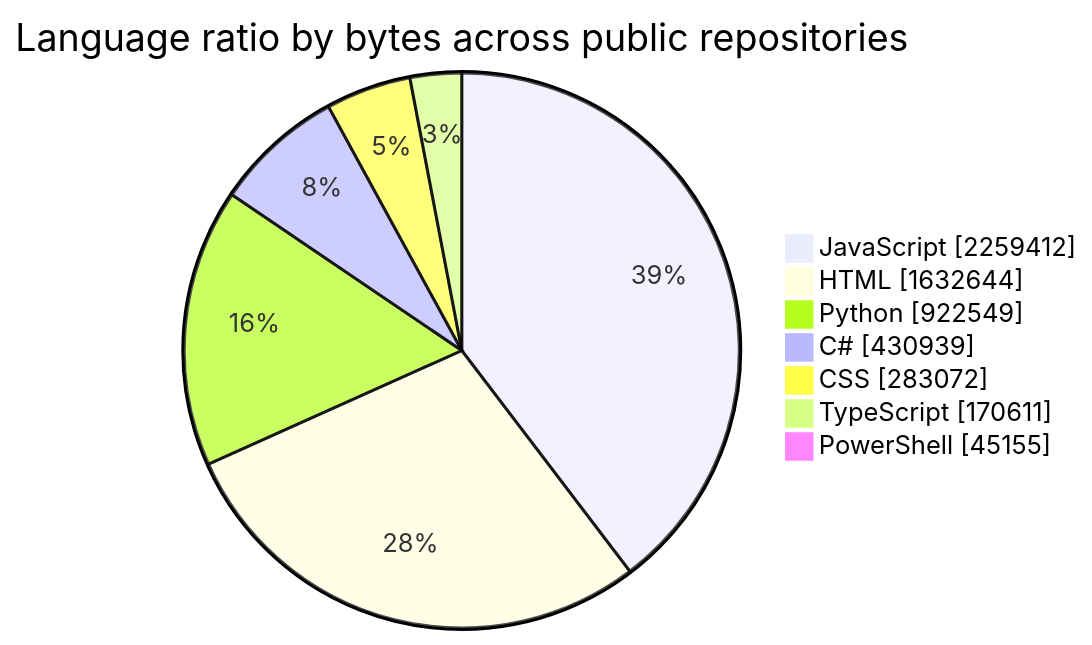
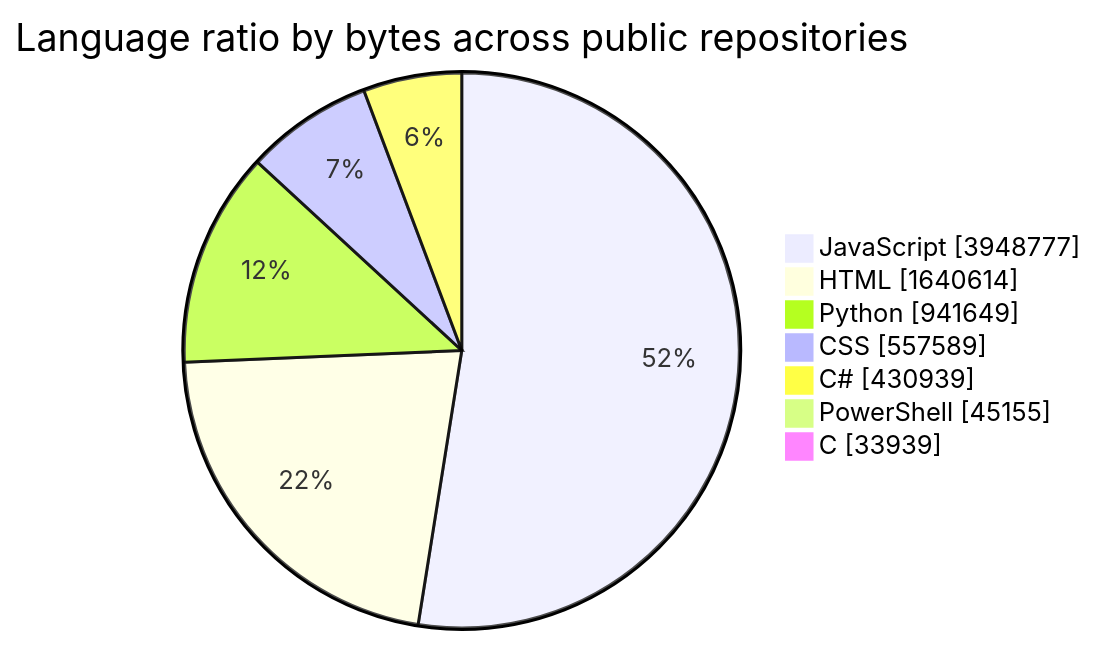
The first of 2 diagrams in README.md (tchinso/tchinso), drawn with Mermaid before and after one commit. The commit also changed other lines of this file, not shown here.

````diff
--- a/README.md
+++ b/README.md
@@ -24,11 +24,11 @@
 ```mermaid
 pie showData
     title Language ratio by bytes across public repositories
-    "JavaScript" : 2259412
-    "HTML" : 1632644
-    "Python" : 922549
+    "JavaScript" : 3948777
+    "HTML" : 1640614
+    "Python" : 941649
+    "CSS" : 557589
     "C#" : 430939
-    "CSS" : 283072
-    "TypeScript" : 170611
     "PowerShell" : 45155
+    "C" : 33939
 ```
````
